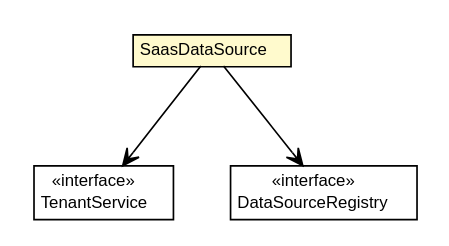
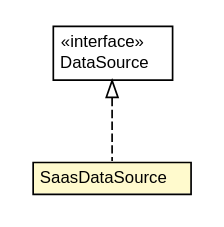
One commit to dayatang/dddlib changed the diagram in dddlib-datasource-saas/apidocs/org/dayatang/datasource4saas/SaasDataSource.dot. Above: the diagram before and after it, drawn with Graphviz. The commit also changed 294 other files, not shown here.

```diff
--- a/dddlib-datasource-saas/apidocs/org/dayatang/datasource4saas/SaasDataSource.dot
+++ b/dddlib-datasource-saas/apidocs/org/dayatang/datasource4saas/SaasDataSource.dot
@@ -1,36 +1,27 @@
 #!/usr/local/bin/dot
 #
 # Class diagram 
 # Generated by UMLGraph version R5_6_6-8-g8d7759 (http://www.umlgraph.org/)
 #
 
 digraph G {
 	edge [fontname="Helvetica",fontsize=10,labelfontname="Helvetica",labelfontsize=10];
 	node [fontname="Helvetica",fontsize=10,shape=plaintext];
 	nodesep=0.25;
 	ranksep=0.5;
-	// org.dayatang.datasource4saas.TenantService
-	c394 [label=<<table title="org.dayatang.datasource4saas.TenantService" border="0" cellborder="1" cellspacing="0" cellpadding="2" port="p" href="./TenantService.html">
-		<tr><td><table border="0" cellspacing="0" cellpadding="1">
-<tr><td align="center" balign="center"> &#171;interface&#187; </td></tr>
-<tr><td align="center" balign="center"> TenantService </td></tr>
-		</table></td></tr>
-		</table>>, URL="./TenantService.html", fontname="Helvetica", fontcolor="black", fontsize=10.0];
 	// org.dayatang.datasource4saas.SaasDataSource
-	c395 [label=<<table title="org.dayatang.datasource4saas.SaasDataSource" border="0" cellborder="1" cellspacing="0" cellpadding="2" port="p" bgcolor="lemonChiffon" href="./SaasDataSource.html">
+	c386 [label=<<table title="org.dayatang.datasource4saas.SaasDataSource" border="0" cellborder="1" cellspacing="0" cellpadding="2" port="p" bgcolor="lemonChiffon" href="./SaasDataSource.html">
 		<tr><td><table border="0" cellspacing="0" cellpadding="1">
 <tr><td align="center" balign="center"> SaasDataSource </td></tr>
 		</table></td></tr>
 		</table>>, URL="./SaasDataSource.html", fontname="Helvetica", fontcolor="black", fontsize=10.0];
-	// org.dayatang.datasource4saas.DataSourceRegistry
-	c396 [label=<<table title="org.dayatang.datasource4saas.DataSourceRegistry" border="0" cellborder="1" cellspacing="0" cellpadding="2" port="p" href="./DataSourceRegistry.html">
+	//org.dayatang.datasource4saas.SaasDataSource implements javax.sql.DataSource
+	c407:p -> c386:p [dir=back,arrowtail=empty,style=dashed];
+	// javax.sql.DataSource
+	c407 [label=<<table title="javax.sql.DataSource" border="0" cellborder="1" cellspacing="0" cellpadding="2" port="p" href="http://download.oracle.com/javase/7/docs/api/javax/sql/DataSource.html">
 		<tr><td><table border="0" cellspacing="0" cellpadding="1">
 <tr><td align="center" balign="center"> &#171;interface&#187; </td></tr>
-<tr><td align="center" balign="center"> DataSourceRegistry </td></tr>
+<tr><td align="center" balign="center"> DataSource </td></tr>
 		</table></td></tr>
-		</table>>, URL="./DataSourceRegistry.html", fontname="Helvetica", fontcolor="black", fontsize=10.0];
-	// org.dayatang.datasource4saas.SaasDataSource NAVASSOC org.dayatang.datasource4saas.TenantService
-	c395:p -> c394:p [taillabel="", label=" "headlabel="", fontname="Helvetica", fontcolor="black", fontsize=10.0, color="black", arrowhead=open];
-	// org.dayatang.datasource4saas.SaasDataSource NAVASSOC org.dayatang.datasource4saas.DataSourceRegistry
-	c395:p -> c396:p [taillabel="", label=" "headlabel="", fontname="Helvetica", fontcolor="black", fontsize=10.0, color="black", arrowhead=open];
+		</table>>, URL="http://download.oracle.com/javase/7/docs/api/javax/sql/DataSource.html", fontname="Helvetica", fontcolor="black", fontsize=10.0];
 }
```
